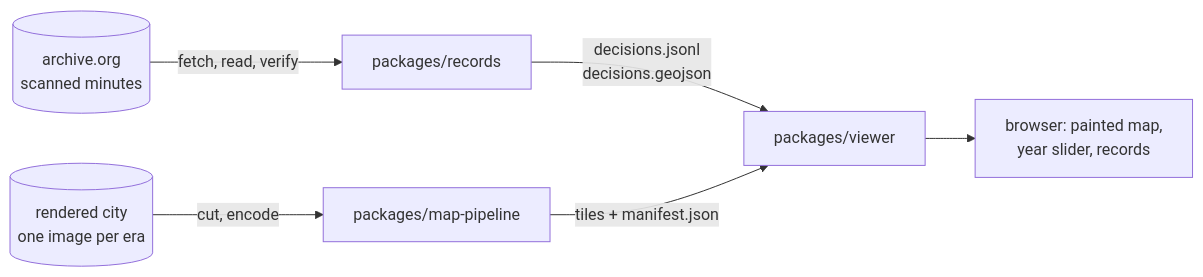
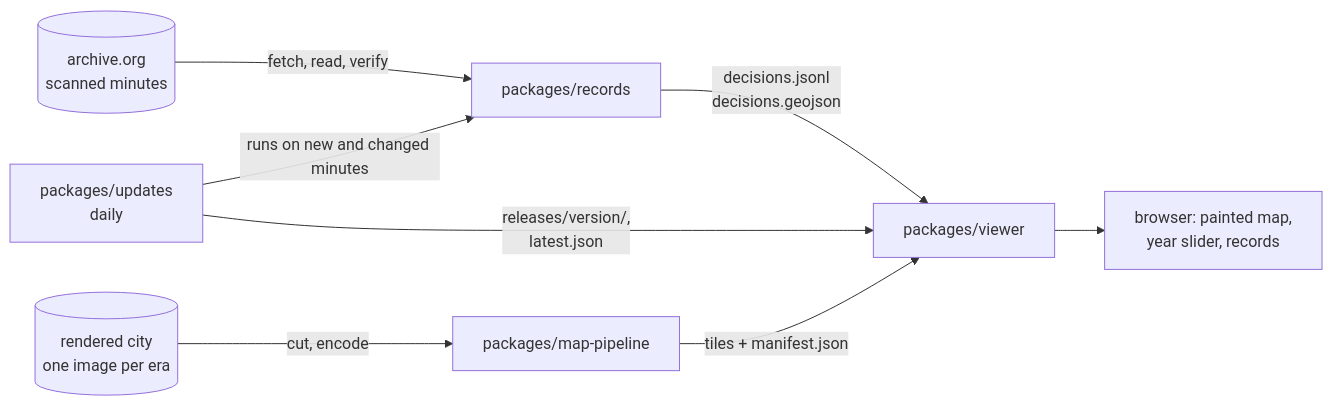
Before and after one commit to AbstractsMachine/qipu-vancouver: the diagram in docs/architecture.md, drawn with Mermaid. The commit also changed other lines of this file and 7 other files, not shown here.

````diff
--- a/docs/architecture.md
+++ b/docs/architecture.md
@@ -6,8 +7,10 @@
 ```mermaid
 flowchart LR
     IA[(archive.org<br/>scanned minutes)] -->|fetch, read, verify| R[packages/records]
     R -->|decisions.jsonl<br/>decisions.geojson| V[packages/viewer]
+    U[packages/updates<br/>daily] -->|runs on new and changed minutes| R
+    U -->|releases/version/,<br/>latest.json| V
     S[(rendered city<br/>one image per era)] -->|cut, encode| M[packages/map-pipeline]
     M -->|tiles + manifest.json| V
     V --> B[browser: painted map,<br/>year slider, records]
 ```
````
